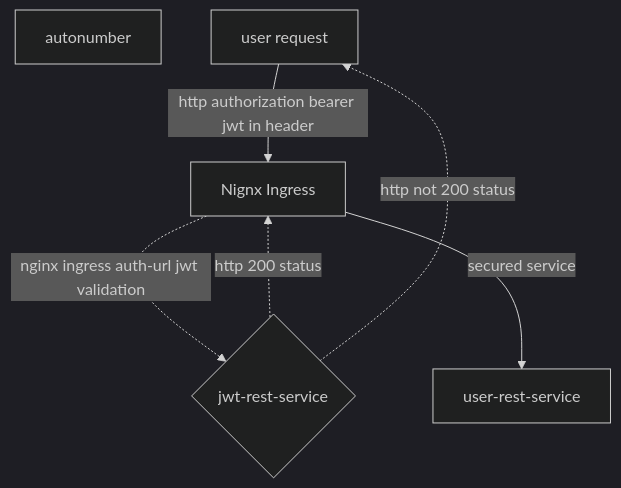
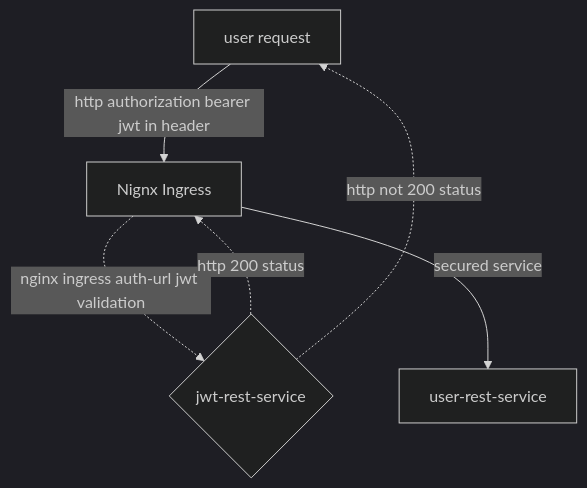
One commit to sonamsamdupkhangsar/sonamsamdupkhangsar.github.io changed the third of 3 diagrams in README.md. Above: the diagram before and after it, drawn with Mermaid (dark theme).

Commit message:
add jwt redirection

````diff
--- a/README.md
+++ b/README.md
@@ -32,9 +32,8 @@
 ```mermaid
-flowchart TD
-    autonumber
+flowchart TD    
     A[user request] --> |http authorization bearer jwt in header| B[Nignx Ingress]
     B -.-> | nginx ingress auth-url jwt validation| C{jwt-rest-service}
     C -.-> |http 200 status| B
     B -->|secured service| D[user-rest-service] 
     C -.-> | http not 200 status| A
 ``` 
````
